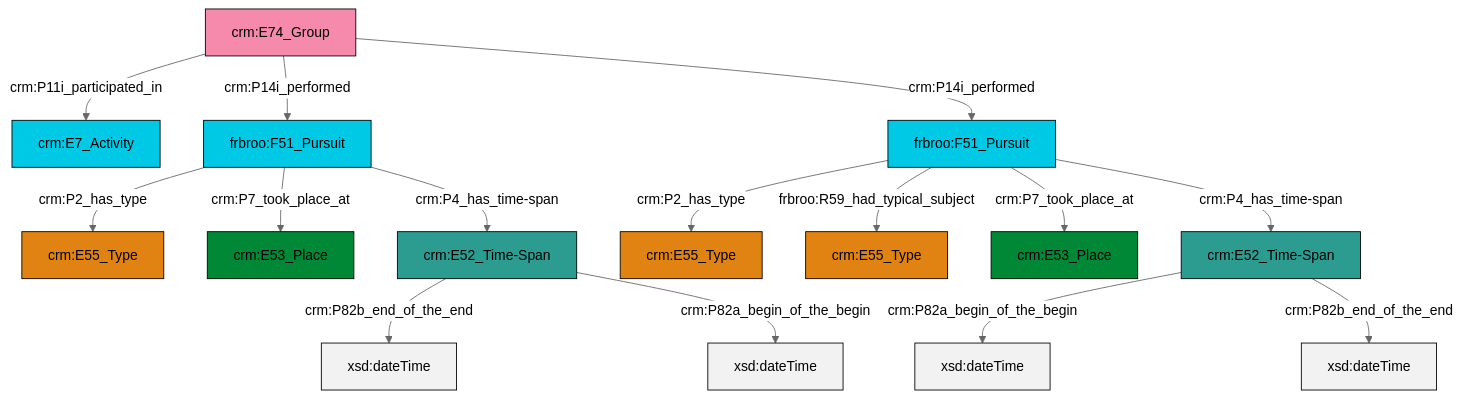
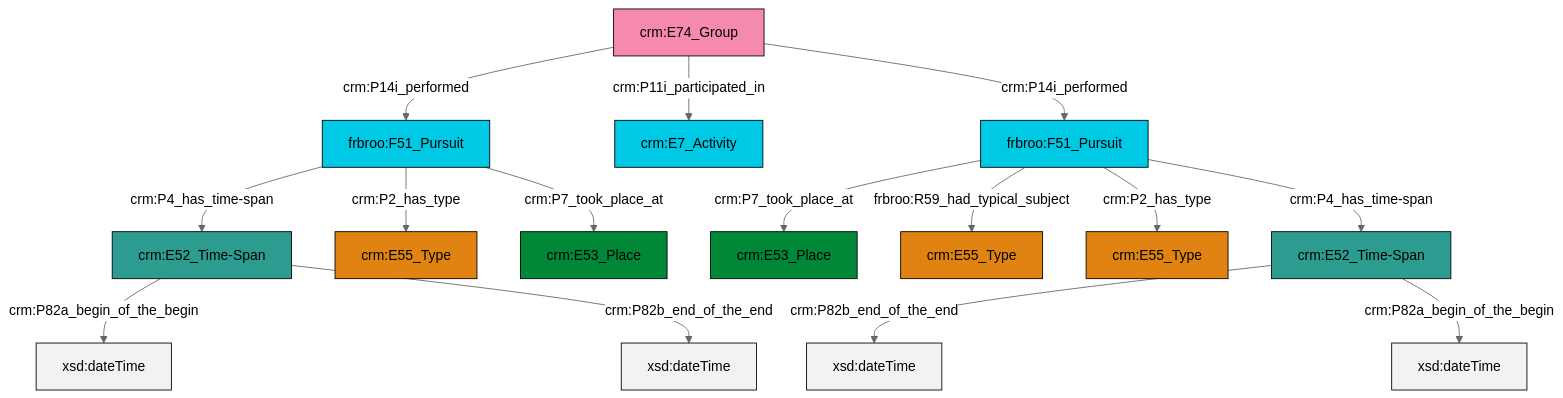
One commit to swiss-art-research-net/docs.swissartresearch changed the diagram in et/groupCSV/ttl/mmd/group_events.ttl.mmd. Above: the diagram before and after it, drawn with Mermaid (neutral theme). The commit also changed 177 other files, not shown here.

```diff
--- a/et/groupCSV/ttl/mmd/group_events.ttl.mmd
+++ b/et/groupCSV/ttl/mmd/group_events.ttl.mmd
@@ -1,29 +1,29 @@
 graph TD
 classDef Literal fill:#f2f2f2,stroke:#000000;
 classDef CRM_Entity fill:#FFFFFF,stroke:#000000;
 classDef Temporal_Entity fill:#00C9E6, stroke:#000000;
 classDef Type fill:#E18312, stroke:#000000;
 classDef Time-Span fill:#2C9C91, stroke:#000000;
 classDef Appellation fill:#FFEB7F, stroke:#000000;
 classDef Place fill:#008836, stroke:#000000;
 classDef Persistent_Item fill:#B266B2, stroke:#000000;
 classDef Conceptual_Object fill:#FFD700, stroke:#000000;
 classDef Physical_Thing fill:#D2B48C, stroke:#000000;
 classDef Actor fill:#f58aad, stroke:#000000;
 classDef PC_Classes fill:#4ce600, stroke:#000000;
 classDef Multi fill:#cccccc,stroke:#000000;
 
-0["frbroo:F51_Pursuit"]:::Temporal_Entity -->|crm:P2_has_type| 1["crm:E55_Type"]:::Type
-4["crm:E52_Time-Span"]:::Time-Span -->|crm:P82b_end_of_the_end| 5[xsd:dateTime]:::Literal
-2["frbroo:F51_Pursuit"]:::Temporal_Entity -->|crm:P2_has_type| 6["crm:E55_Type"]:::Type
-2["frbroo:F51_Pursuit"]:::Temporal_Entity -->|frbroo:R59_had_typical_subject| 7["crm:E55_Type"]:::Type
-2["frbroo:F51_Pursuit"]:::Temporal_Entity -->|crm:P7_took_place_at| 8["crm:E53_Place"]:::Place
-2["frbroo:F51_Pursuit"]:::Temporal_Entity -->|crm:P4_has_time-span| 10["crm:E52_Time-Span"]:::Time-Span
-10["crm:E52_Time-Span"]:::Time-Span -->|crm:P82a_begin_of_the_begin| 11[xsd:dateTime]:::Literal
-0["frbroo:F51_Pursuit"]:::Temporal_Entity -->|crm:P7_took_place_at| 12["crm:E53_Place"]:::Place
-10["crm:E52_Time-Span"]:::Time-Span -->|crm:P82b_end_of_the_end| 15[xsd:dateTime]:::Literal
-0["frbroo:F51_Pursuit"]:::Temporal_Entity -->|crm:P4_has_time-span| 4["crm:E52_Time-Span"]:::Time-Span
-4["crm:E52_Time-Span"]:::Time-Span -->|crm:P82a_begin_of_the_begin| 18[xsd:dateTime]:::Literal
-13["crm:E74_Group"]:::Actor -->|crm:P11i_participated_in| 21["crm:E7_Activity"]:::Temporal_Entity
-13["crm:E74_Group"]:::Actor -->|crm:P14i_performed| 0["frbroo:F51_Pursuit"]:::Temporal_Entity
-13["crm:E74_Group"]:::Actor -->|crm:P14i_performed| 2["frbroo:F51_Pursuit"]:::Temporal_Entity
+0["frbroo:F51_Pursuit"]:::Temporal_Entity -->|crm:P4_has_time-span| 1["crm:E52_Time-Span"]:::Time-Span
+0["frbroo:F51_Pursuit"]:::Temporal_Entity -->|crm:P2_has_type| 2["crm:E55_Type"]:::Type
+1["crm:E52_Time-Span"]:::Time-Span -->|crm:P82a_begin_of_the_begin| 10[xsd:dateTime]:::Literal
+11["crm:E52_Time-Span"]:::Time-Span -->|crm:P82b_end_of_the_end| 12[xsd:dateTime]:::Literal
+17["crm:E74_Group"]:::Actor -->|crm:P14i_performed| 0["frbroo:F51_Pursuit"]:::Temporal_Entity
+7["frbroo:F51_Pursuit"]:::Temporal_Entity -->|crm:P7_took_place_at| 15["crm:E53_Place"]:::Place
+1["crm:E52_Time-Span"]:::Time-Span -->|crm:P82b_end_of_the_end| 19[xsd:dateTime]:::Literal
+7["frbroo:F51_Pursuit"]:::Temporal_Entity -->|frbroo:R59_had_typical_subject| 21["crm:E55_Type"]:::Type
+17["crm:E74_Group"]:::Actor -->|crm:P11i_participated_in| 3["crm:E7_Activity"]:::Temporal_Entity
+17["crm:E74_Group"]:::Actor -->|crm:P14i_performed| 7["frbroo:F51_Pursuit"]:::Temporal_Entity
+7["frbroo:F51_Pursuit"]:::Temporal_Entity -->|crm:P2_has_type| 5["crm:E55_Type"]:::Type
+0["frbroo:F51_Pursuit"]:::Temporal_Entity -->|crm:P7_took_place_at| 24["crm:E53_Place"]:::Place
+7["frbroo:F51_Pursuit"]:::Temporal_Entity -->|crm:P4_has_time-span| 11["crm:E52_Time-Span"]:::Time-Span
+11["crm:E52_Time-Span"]:::Time-Span -->|crm:P82a_begin_of_the_begin| 27[xsd:dateTime]:::Literal
```
